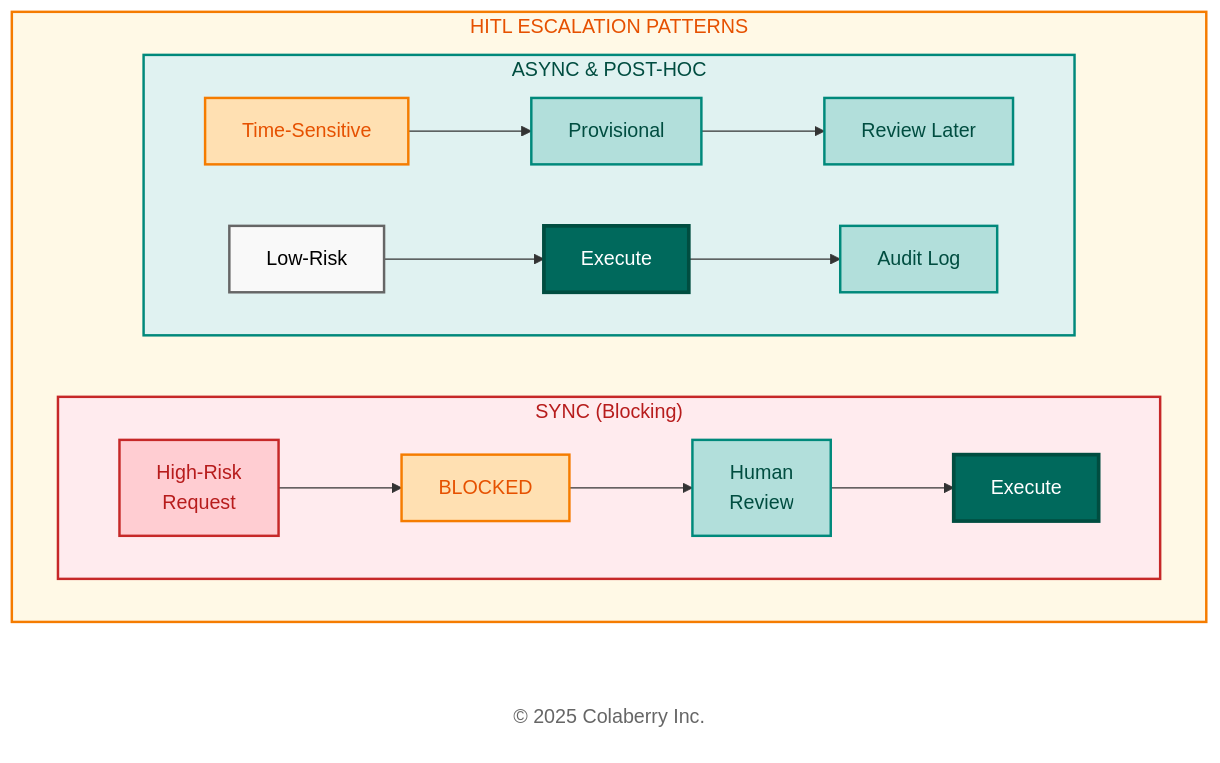
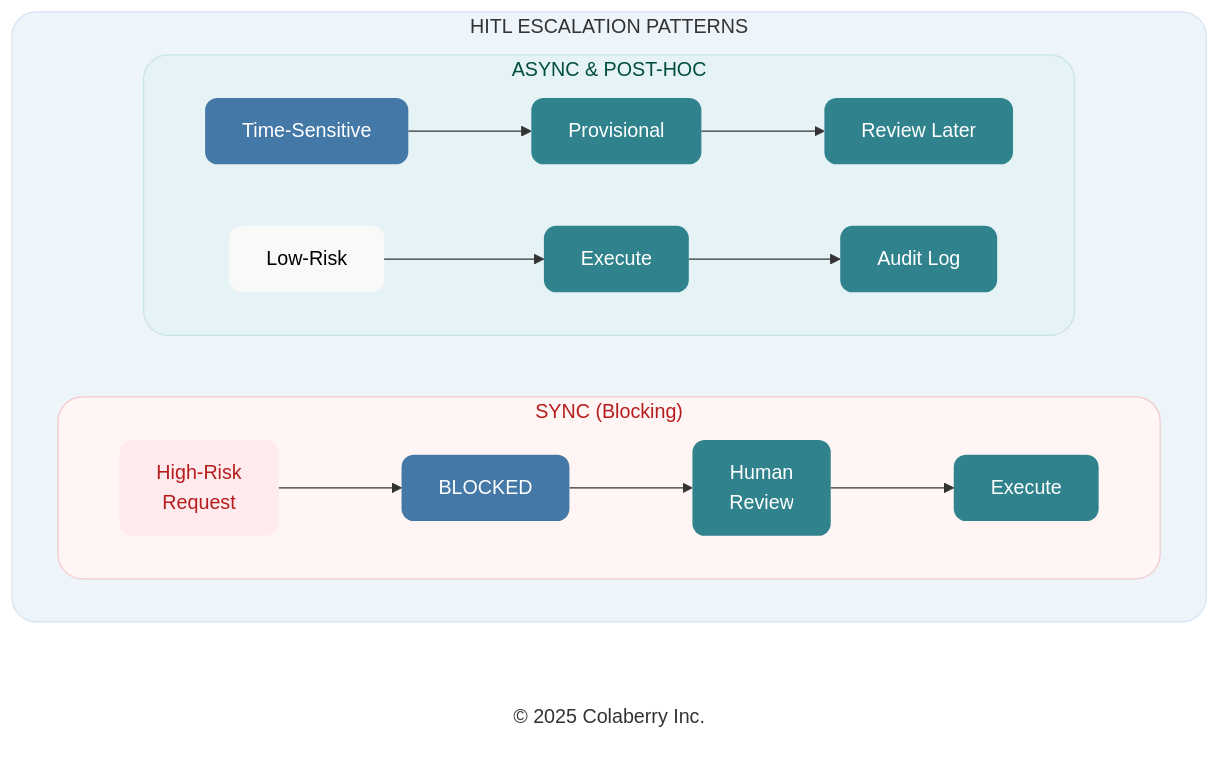
Before and after one commit to saitejesh-cyber/trust-before-intelligence-book: the sixth of 14 diagrams in manuscript/07_chapter_6_transparency_orchestration_layers.md, drawn with Mermaid. The commit also changed other lines of this file and 7 other files, not shown here.

Commit message:
Chapter 6to13: Updated mermaid diagrams based on new colaberry color code

````diff
--- a/manuscript/07_chapter_6_transparency_orchestration_layers.md
+++ b/manuscript/07_chapter_6_transparency_orchestration_layers.md
@@ -471,35 +471,35 @@
 ```mermaid
 
 graph LR
     subgraph HITL["HITL ESCALATION PATTERNS"]
         direction LR
         subgraph SYNC["SYNC (Blocking)"]
             direction LR
             S1["High-Risk<br/>Request"] --> S2["BLOCKED"] --> S3["Human<br/>Review"] --> S4["Execute"]
         end
         
         subgraph ASYNC["ASYNC & POST-HOC"]
             direction LR
             A1["Time-Sensitive"] --> A2["Provisional"] --> A3["Review Later"]
             P1["Low-Risk"] --> P2["Execute"] --> P3["Audit Log"]
         end
     end
     
     Copyright["© 2025 Colaberry Inc."]
     
-    style HITL fill:#fff9e6,stroke:#f57c00,stroke-width:2px,color:#e65100
-    style SYNC fill:#ffebee,stroke:#c62828,stroke-width:2px,color:#b71c1c
-    style ASYNC fill:#e0f2f1,stroke:#00897b,stroke-width:2px,color:#004d40
-    style S1 fill:#ffcdd2,stroke:#c62828,stroke-width:2px,color:#b71c1c
-    style S2 fill:#ffe0b2,stroke:#f57c00,stroke-width:2px,color:#e65100
-    style S3 fill:#b2dfdb,stroke:#00897b,stroke-width:2px,color:#004d40
-    style S4 fill:#00695c,color:#ffffff,stroke:#004d40,stroke-width:3px
-    style A1 fill:#ffe0b2,stroke:#f57c00,stroke-width:2px,color:#e65100
-    style A2 fill:#b2dfdb,stroke:#00897b,stroke-width:2px,color:#004d40
-    style A3 fill:#b2dfdb,stroke:#00897b,stroke-width:2px,color:#004d40
-    style P1 fill:#f9f9f9,stroke:#666666,stroke-width:2px,color:#000000
-    style P2 fill:#00695c,color:#ffffff,stroke:#004d40,stroke-width:3px
-    style P3 fill:#b2dfdb,stroke:#00897b,stroke-width:2px,color:#004d40
-    style Copyright fill:#ffffff,stroke:none,color:#666666
+    style HITL fill:#edf4fa,stroke:#d6e4f2,stroke-width:1px,color:#333333,rx:20,ry:20
+    style SYNC fill:#fff5f5,stroke:#f2caca,stroke-width:1px,color:#b71c1c,rx:20,ry:20
+    style ASYNC fill:#e6f3f6,stroke:#c7e3ea,stroke-width:1px,color:#004d40,rx:20,ry:20
+    style S1 fill:#ffebee,stroke:none,color:#b71c1c,rx:10,ry:10
+    style S2 fill:#4478A6,stroke:none,color:#ffffff,rx:10,ry:10
+    style S3 fill:#30838C,stroke:none,color:#ffffff,rx:10,ry:10
+    style S4 fill:#30838C,stroke:none,color:#ffffff,rx:10,ry:10
+    style A1 fill:#4478A6,stroke:none,color:#ffffff,rx:10,ry:10
+    style A2 fill:#30838C,stroke:none,color:#ffffff,rx:10,ry:10
+    style A3 fill:#30838C,stroke:none,color:#ffffff,rx:10,ry:10
+    style P1 fill:#f9f9f9,stroke:none,color:#000000,rx:10,ry:10
+    style P2 fill:#30838C,stroke:none,color:#ffffff,rx:10,ry:10
+    style P3 fill:#30838C,stroke:none,color:#ffffff,rx:10,ry:10
+    style Copyright fill:none,stroke:none,color:#333333
 
 ```
````
